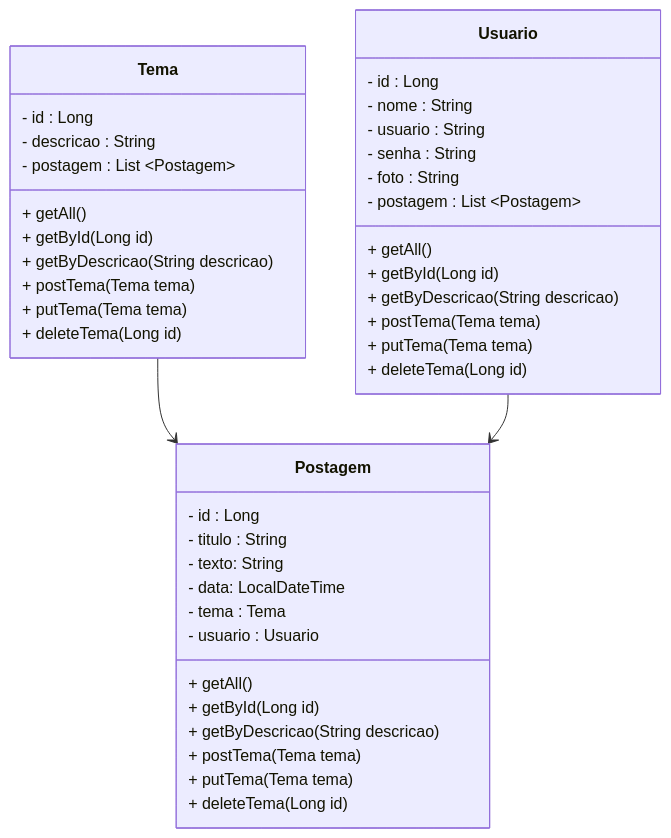
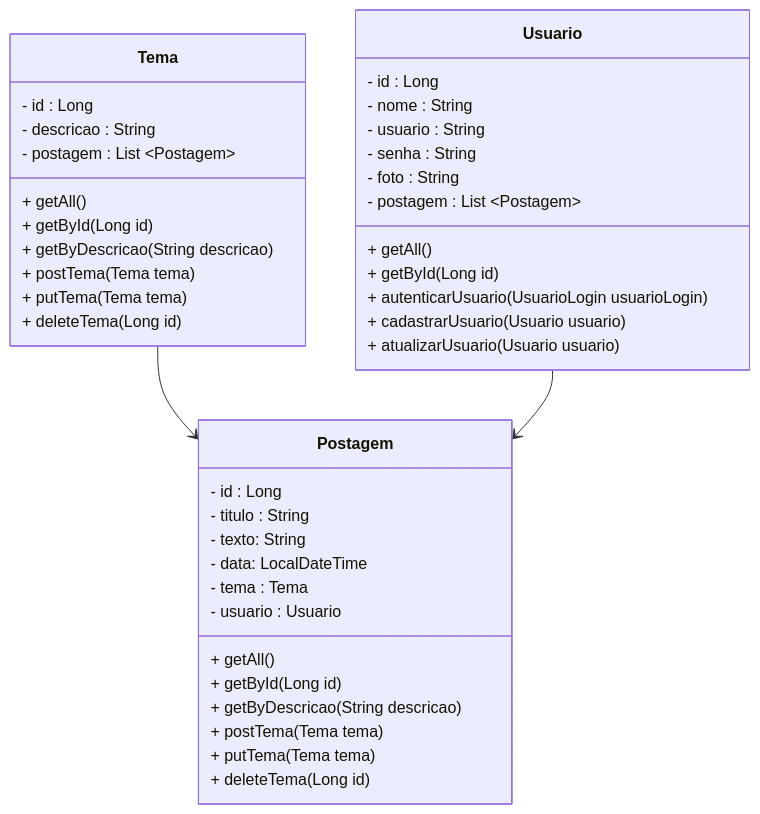
The diagram in README.md (rafaelq80/blogpessoal_2022), drawn with Mermaid before and after one commit.

````diff
--- a/README.md
+++ b/README.md
@@ -15,44 +15,43 @@
 ```mermaid
 classDiagram
 class Tema {
   - id : Long
   - descricao : String
   - postagem : List ~Postagem~
   + getAll()
   + getById(Long id)
   + getByDescricao(String descricao)
   + postTema(Tema tema)
   + putTema(Tema tema)
   + deleteTema(Long id)
 }
 class Postagem {
   - id : Long
   - titulo : String
   - texto: String
   - data: LocalDateTime
   - tema : Tema
   - usuario : Usuario
   + getAll()
   + getById(Long id)
   + getByDescricao(String descricao)
   + postTema(Tema tema)
   + putTema(Tema tema)
   + deleteTema(Long id)
 }
 class Usuario {
   - id : Long
   - nome : String
   - usuario : String
   - senha : String
   - foto : String
   - postagem : List ~Postagem~
   + getAll()
   + getById(Long id)
-  + getByDescricao(String descricao)
-  + postTema(Tema tema)
-  + putTema(Tema tema)
-  + deleteTema(Long id)
+  + autenticarUsuario(UsuarioLogin usuarioLogin)
+  + cadastrarUsuario(Usuario usuario)
+  + atualizarUsuario(Usuario usuario)
 }
 Tema --> Postagem
 Usuario --> Postagem
 ```
````
